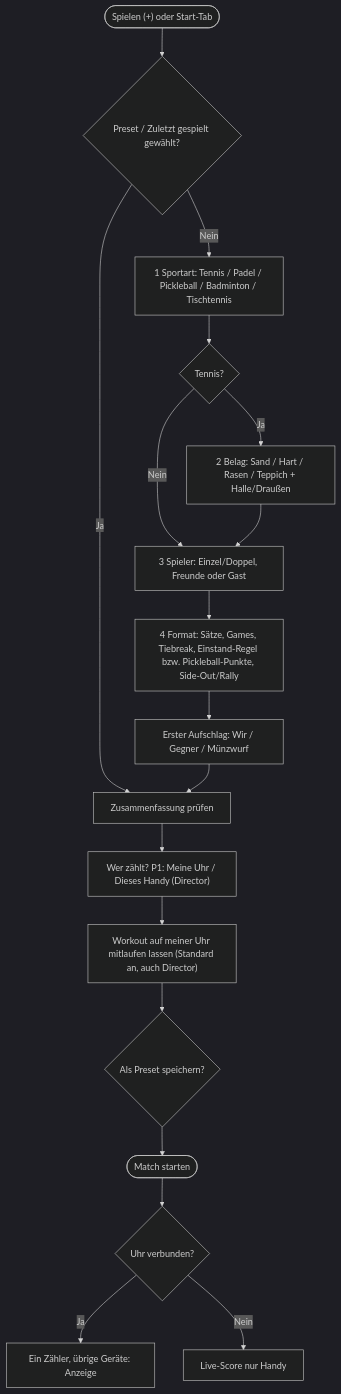
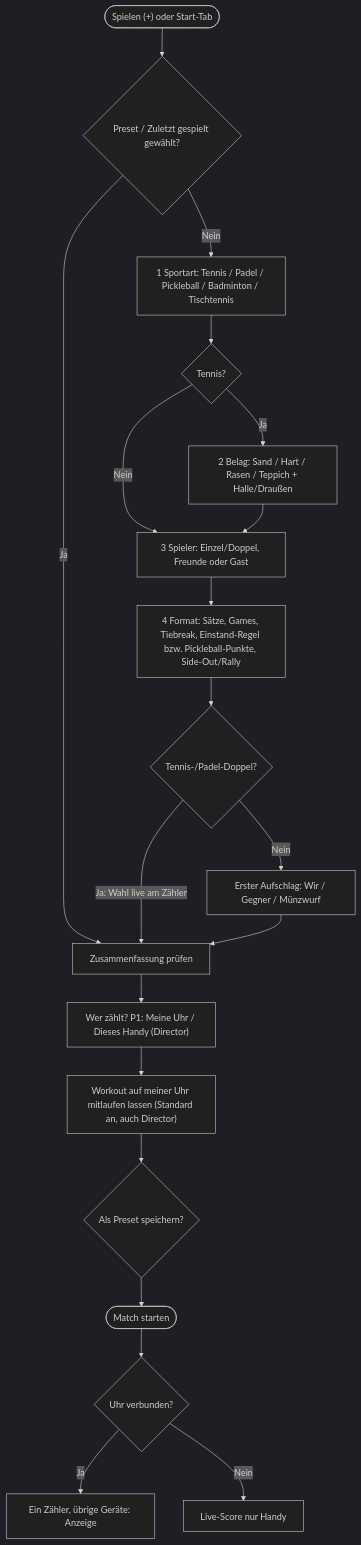
Before and after one commit to thealextd1337-spec/racketone: the second of 6 diagrams in docs/04-ux-design.md, drawn with Mermaid (dark theme). The commit also changed other lines of this file and 5 other files, not shown here.

````diff
--- a/docs/04-ux-design.md
+++ b/docs/04-ux-design.md
@@ -133,20 +133,22 @@
 ```mermaid
 flowchart TD
   S0(["Spielen (+) oder Start-Tab"]) --> Q{"Preset / Zuletzt gespielt gewählt?"}
   Q -- "Ja" --> SUM["Zusammenfassung prüfen"]
   Q -- "Nein" --> S1["1 Sportart: Tennis / Padel / Pickleball / Badminton / Tischtennis"]
   S1 --> T{"Tennis?"}
   T -- "Ja" --> S2["2 Belag: Sand / Hart / Rasen / Teppich + Halle/Draußen"]
   T -- "Nein" --> S3
   S2 --> S3["3 Spieler: Einzel/Doppel, Freunde oder Gast"]
   S3 --> S4["4 Format: Sätze, Games, Tiebreak, Einstand-Regel bzw. Pickleball-Punkte, Side-Out/Rally"]
-  S4 --> SRV["Erster Aufschlag: Wir / Gegner / Münzwurf"]
+  S4 --> DB{"Tennis-/Padel-Doppel?"}
+  DB -- "Ja: Wahl live am Zähler" --> SUM
+  DB -- "Nein" --> SRV["Erster Aufschlag: Wir / Gegner / Münzwurf"]
   SRV --> SUM
   SUM --> WHO["Wer zählt? P1: Meine Uhr / Dieses Handy (Director)"]
   WHO --> WORK["Workout auf meiner Uhr mitlaufen lassen (Standard an, auch Director)"]
   WORK --> PRE{"Als Preset speichern?"}
   PRE --> START(["Match starten"])
   START --> W{"Uhr verbunden?"}
   W -- "Ja" --> BOTH["Ein Zähler, übrige Geräte: Anzeige"]
   W -- "Nein" --> PH["Live-Score nur Handy"]
 ```
````
